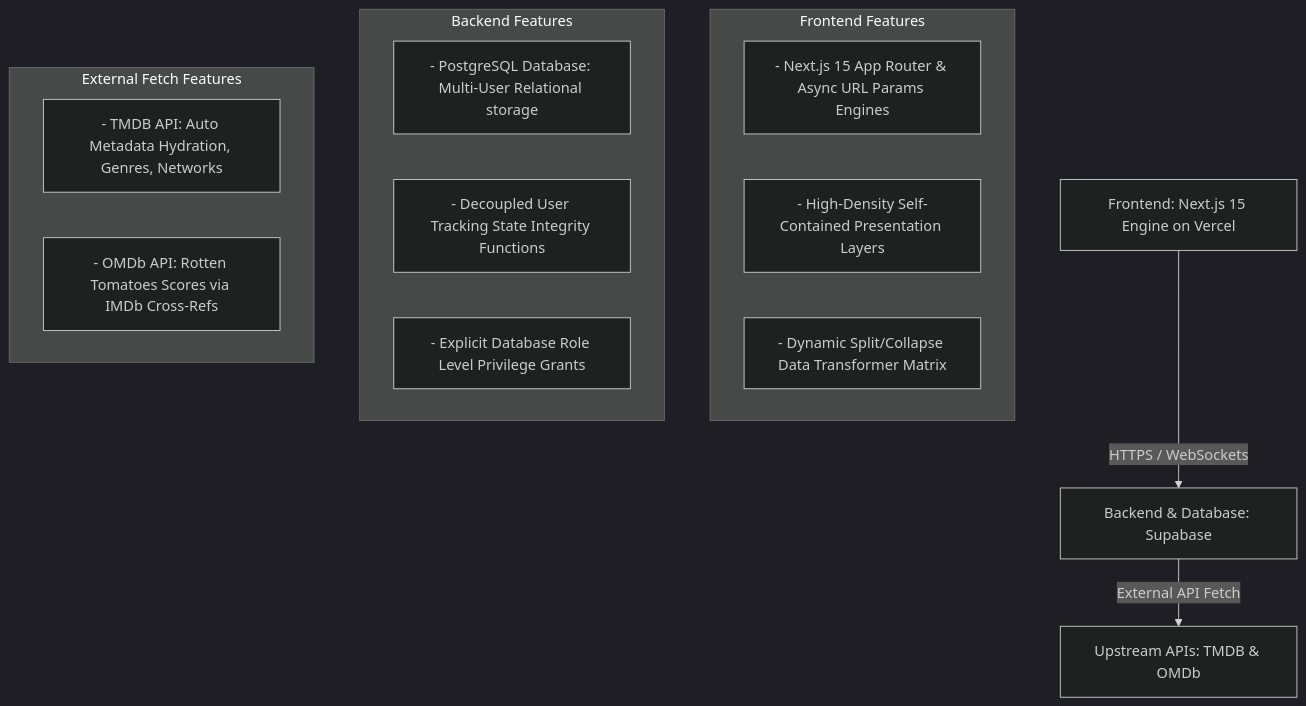
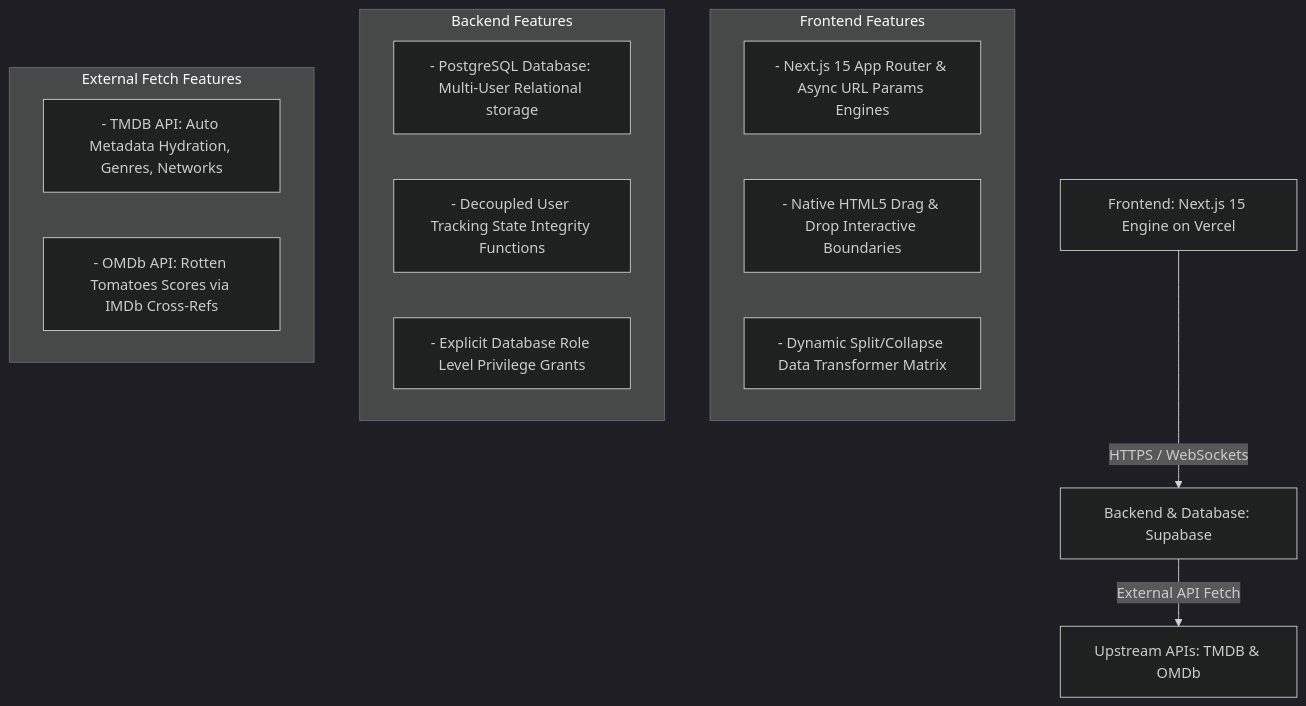
Before and after one commit to divisiblebyzero-uk/dbz-tvt: the diagram in GEMINI.md, drawn with Mermaid (dark theme). The commit also changed other lines of this file and 3 other files, not shown here.

Commit message:
Implemented drag and drop

````diff
--- a/GEMINI.md
+++ b/GEMINI.md
@@ -9,22 +9,22 @@
 ```mermaid
 graph TD
     A[Frontend: Next.js 15 Engine on Vercel] -->|HTTPS / WebSockets| B[Backend & Database: Supabase]
     B -->|External API Fetch| C[Upstream APIs: TMDB & OMDb]
 
     subgraph Frontend Features
     A1[- Next.js 15 App Router & Async URL Params Engines]
-    A2[- High-Density Self-Contained Presentation Layers]
+    A2[- Native HTML5 Drag & Drop Interactive Boundaries]
     A3[- Dynamic Split/Collapse Data Transformer Matrix]
     end
 
     subgraph Backend Features
     B1[- PostgreSQL Database: Multi-User Relational storage]
     B2[- Decoupled User Tracking State Integrity Functions]
     B3[- Explicit Database Role Level Privilege Grants]
     end
 
     subgraph External Fetch Features
     C1[- TMDB API: Auto Metadata Hydration, Genres, Networks]
     C2[- OMDb API: Rotten Tomatoes Scores via IMDb Cross-Refs]
     end
 ```
````
